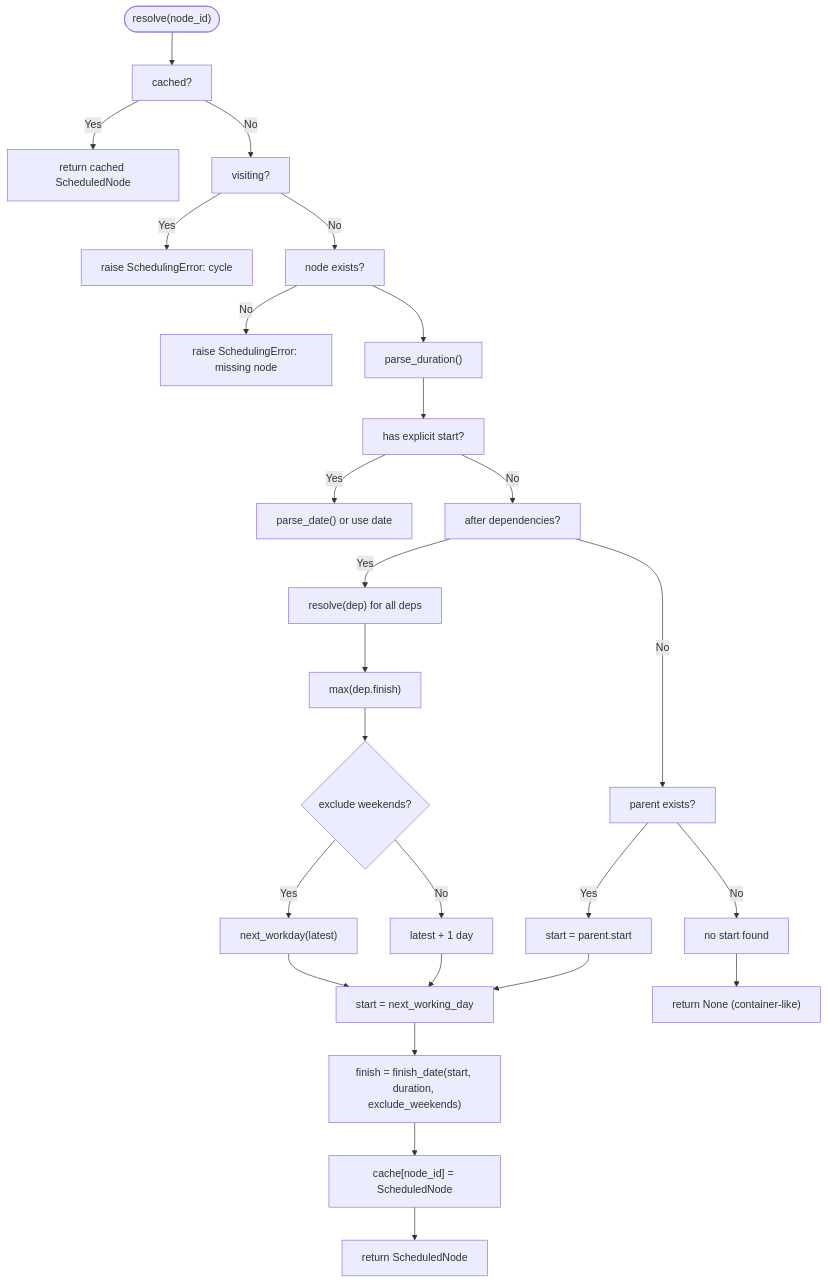
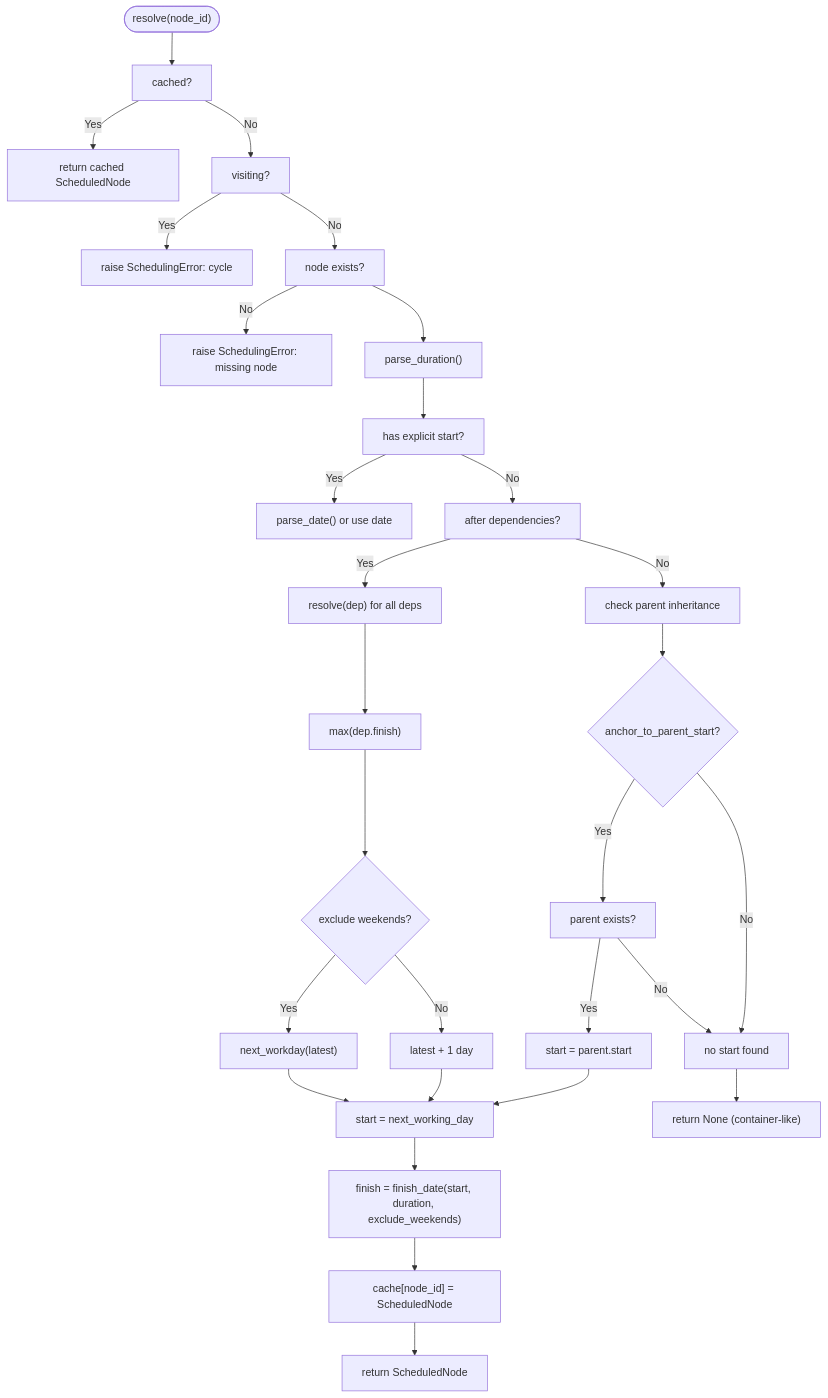
Before and after one commit to asukhodko/opskarta: the third of 9 diagrams in .qoder/repowiki/en/content/Tooling and Utilities/Rendering Engine.md, drawn with Mermaid. The commit also changed other lines of this file and 5 other files, not shown here.

````diff
--- a/.qoder/repowiki/en/content/Tooling and Utilities/Rendering Engine.md
+++ b/.qoder/repowiki/en/content/Tooling and Utilities/Rendering Engine.md
@@ -144,28 +160,31 @@
 ```mermaid
 flowchart TD
 Start(["resolve(node_id)"]) --> CheckCache["cached?"]
 CheckCache --> |Yes| ReturnCache["return cached ScheduledNode"]
 CheckCache --> |No| CheckVisiting["visiting?"]
 CheckVisiting --> |Yes| CycleErr["raise SchedulingError: cycle"]
 CheckVisiting --> |No| CheckExists["node exists?"]
 CheckExists --> |No| RefErr["raise SchedulingError: missing node"]
 CheckExists --> ParseDuration["parse_duration()"]
 ParseDuration --> HasStart["has explicit start?"]
 HasStart --> |Yes| ParseDate["parse_date() or use date"]
 HasStart --> |No| AfterDeps["after dependencies?"]
 AfterDeps --> |Yes| ResolveDeps["resolve(dep) for all deps"]
 ResolveDeps --> LatestFinish["max(dep.finish)"]
 LatestFinish --> WeekendAdj{"exclude weekends?"}
 WeekendAdj --> |Yes| NextWD["next_workday(latest)"]
 WeekendAdj --> |No| NextDay["latest + 1 day"]
 NextWD --> MakeStart["start = next_working_day"]
 NextDay --> MakeStart
-AfterDeps --> |No| ParentStart["parent exists?"]
+AfterDeps --> |No| ParentAnchor["check parent inheritance"]
+ParentAnchor --> CheckAnchor{"anchor_to_parent_start?"}
+CheckAnchor --> |Yes| ParentStart["parent exists?"]
 ParentStart --> |Yes| UseParent["start = parent.start"]
 ParentStart --> |No| NoStart["no start found"]
+CheckAnchor --> |No| NoStart
 UseParent --> MakeStart
 NoStart --> NoSchedule["return None (container-like)"]
 MakeStart --> FinishCalc["finish = finish_date(start, duration, exclude_weekends)"]
 FinishCalc --> Cache["cache[node_id] = ScheduledNode"]
 Cache --> ReturnRes["return ScheduledNode"]
 ```
````
